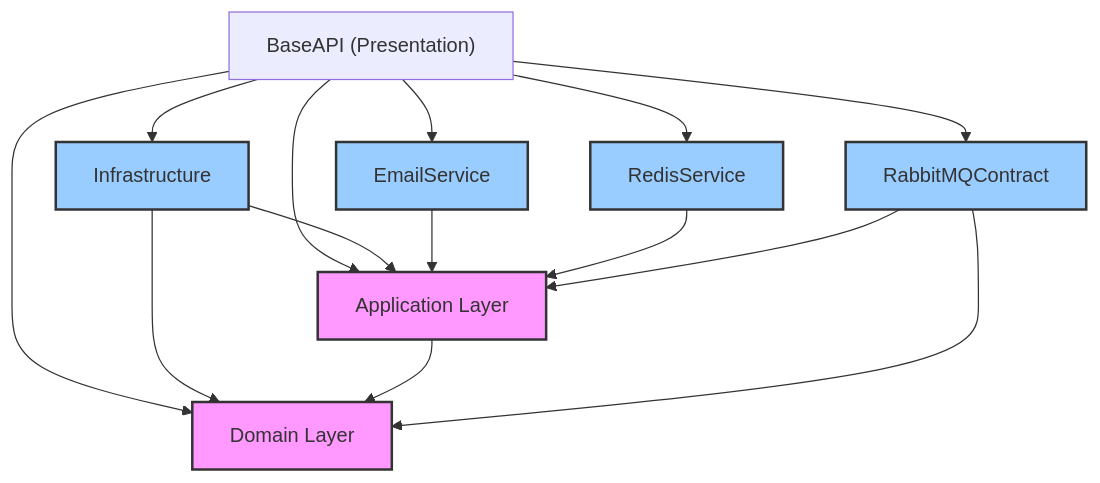
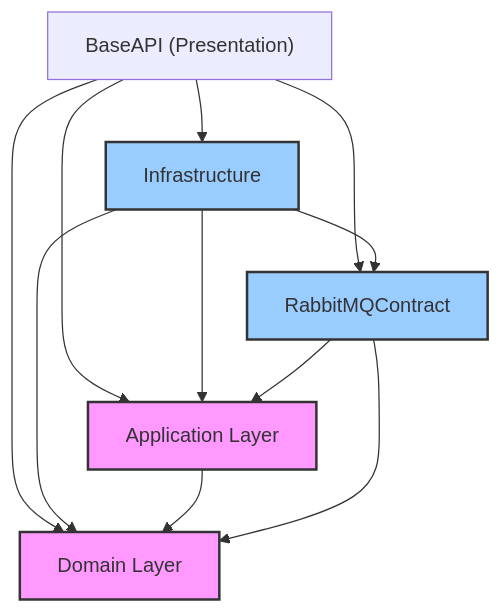
One commit to Quocba/Source-Base-API-Dotnet9 changed the diagram in README.md. Above: the diagram before and after it, drawn with Mermaid. The commit also changed other lines of this file and 19 other files, not shown here.

Commit message:
feat: Implement email sending, Redis caching, JWT, Google Drive services, and RabbitMQ consumers with centralized dependency injection.

````diff
--- a/README.md
+++ b/README.md
@@ -13,39 +13,34 @@
 ```mermaid
 graph TD
     %% Presentation Layer
     API["BaseAPI (Presentation)"]
     
     %% Core Layers
     App[Application Layer]
     Dom[Domain Layer]
     
     %% Infrastructure & Services
     Infra[Infrastructure]
-    Email[EmailService]
-    Redis[RedisService]
     Rabbit[RabbitMQContract]
     
     %% Dependencies
     API --> App
     API --> Dom
     API --> Infra
-    API --> Email
-    API --> Redis
     API --> Rabbit
     
     Infra --> App
     Infra --> Dom
+    Infra --> Rabbit
     
     App --> Dom
     
-    Email --> App
-    Redis --> App
     Rabbit --> App
     Rabbit --> Dom
     
     %% Styling
     classDef core fill:#f9f,stroke:#333,stroke-width:2px;
     classDef infra fill:#9cf,stroke:#333,stroke-width:2px;
     class App,Dom core
-    class Infra,Email,Redis,Rabbit infra
+    class Infra,Rabbit infra
 ```
````
